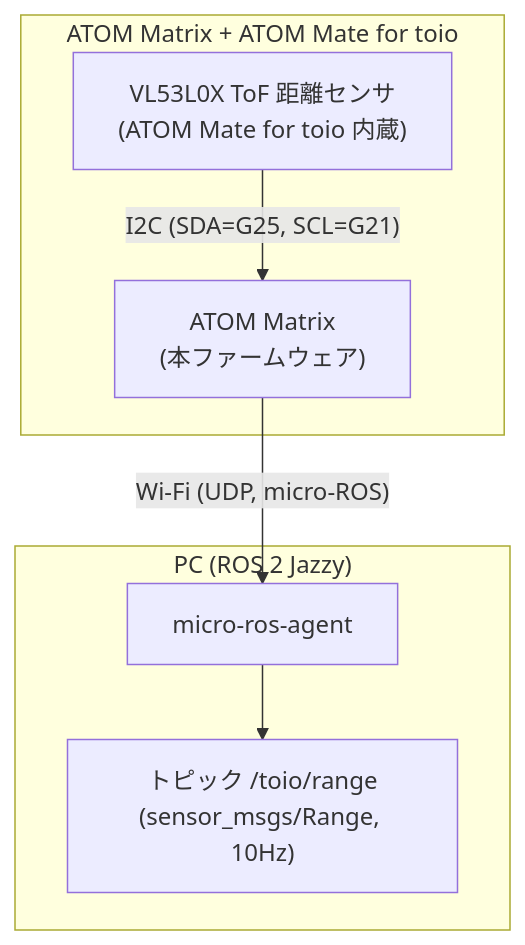
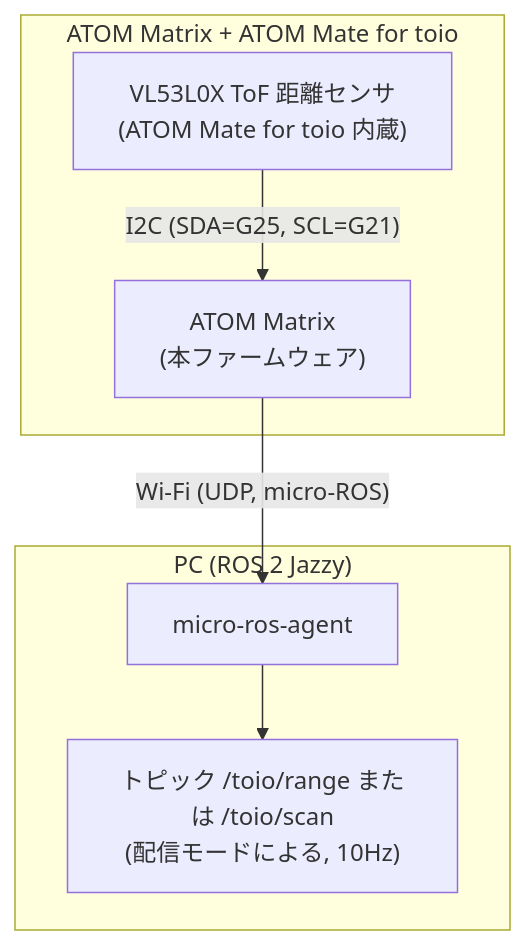
The diagram in README.md (atinfinity/atom_mate_toio_ros2), drawn with Mermaid before and after one commit. The commit also changed other lines of this file and 3 other files, not shown here.

First line of the commit message:
Add scan mode publishing sensor_msgs/LaserScan instead of Range

````diff
--- a/README.md
+++ b/README.md
@@ -11,14 +11,14 @@
 ```mermaid
 graph TD
     subgraph device["ATOM Matrix + ATOM Mate for toio"]
         sensor["VL53L0X ToF 距離センサ<br>(ATOM Mate for toio 内蔵)"]
         atom["ATOM Matrix<br>(本ファームウェア)"]
         sensor -- "I2C (SDA=G25, SCL=G21)" --> atom
     end
     subgraph pc["PC (ROS 2 Jazzy)"]
         agent["micro-ros-agent"]
-        topic["トピック /toio/range<br>(sensor_msgs/Range, 10Hz)"]
+        topic["トピック /toio/range または /toio/scan<br>(配信モードによる, 10Hz)"]
         agent --> topic
     end
     atom -- "Wi-Fi (UDP, micro-ROS)" --> agent
 ```
````
